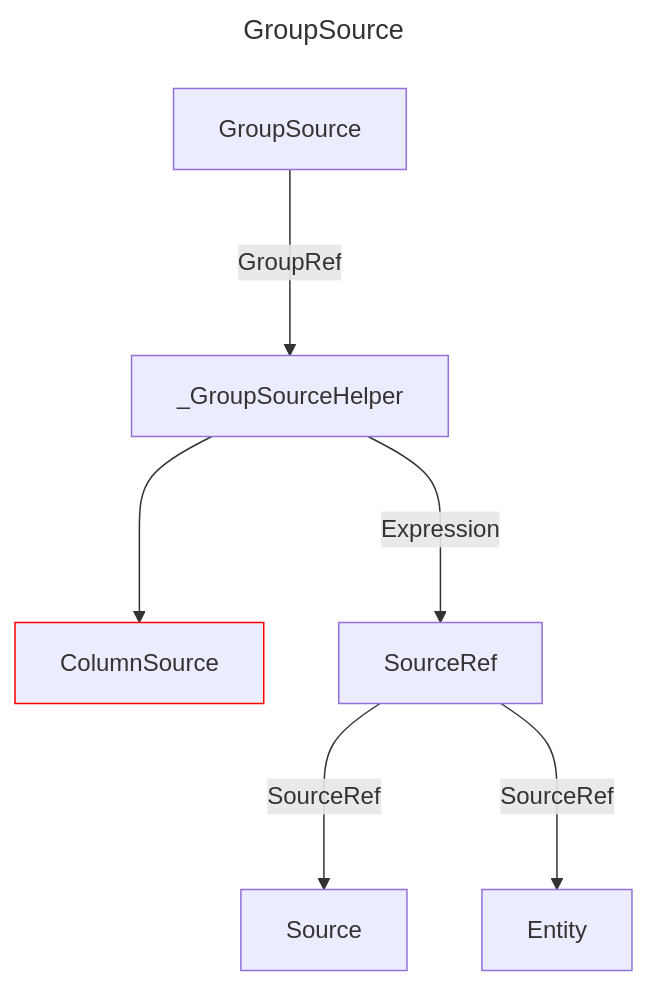
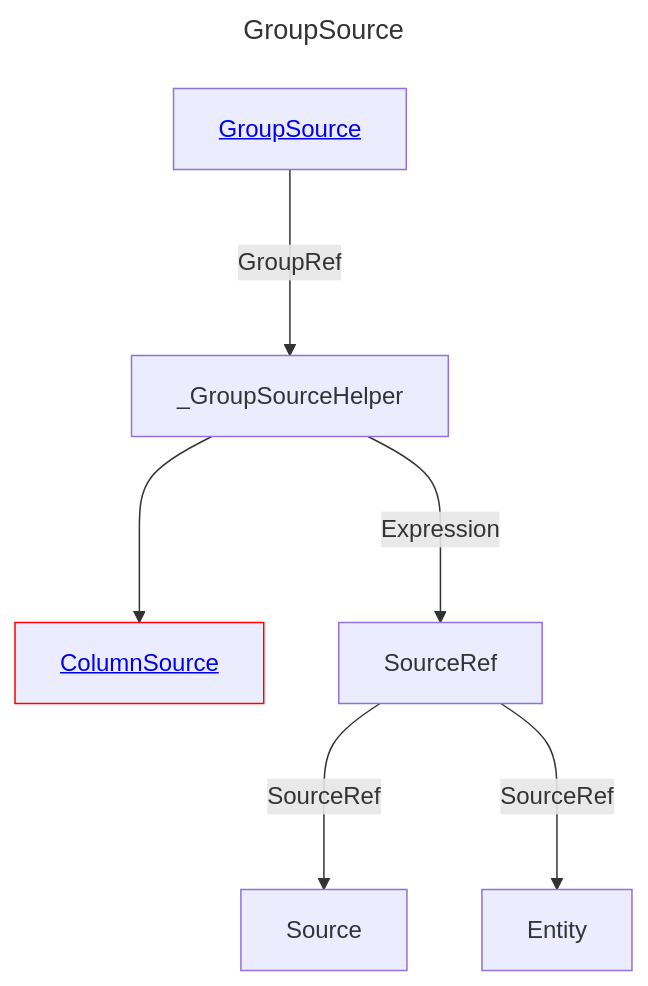
The diagram in docs/docs/layout/erd/GroupSource.md (douglassimonsen/pbi_core), drawn with Mermaid before and after one commit. The commit also changed 76 other files, not shown here.

````diff
--- a/docs/docs/layout/erd/GroupSource.md
+++ b/docs/docs/layout/erd/GroupSource.md
@@ -1,18 +1,18 @@
 ```mermaid
 ---
 title: GroupSource
 ---
 graph 
-2430071365824["ColumnSource"]
-style 2430071365824 stroke:#ff0000,stroke-width:1px
-2430071808976["GroupSource"]
-2430071355088["SourceRef"]
-2430071344352["Source"]
-2430071808000["_GroupSourceHelper"]
-2430071353136["Entity"]
-2430071808000 ---> 2430071365824
-2430071808000 --->|Expression| 2430071355088
-2430071355088 --->|SourceRef| 2430071344352
-2430071355088 --->|SourceRef| 2430071353136
-2430071808976 --->|GroupRef| 2430071808000
+ColumnSource[<a href='/layout/erd/ColumnSource'>ColumnSource</a>]
+style ColumnSource stroke:#ff0000,stroke-width:1px
+Entity[Entity]
+GroupSource[<a href='/layout/erd/GroupSource'>GroupSource</a>]
+Source[Source]
+SourceRef[SourceRef]
+_GroupSourceHelper[_GroupSourceHelper]
+SourceRef --->|SourceRef| Source
+GroupSource --->|GroupRef| _GroupSourceHelper
+_GroupSourceHelper ---> ColumnSource
+_GroupSourceHelper --->|Expression| SourceRef
+SourceRef --->|SourceRef| Entity
 ```
````
